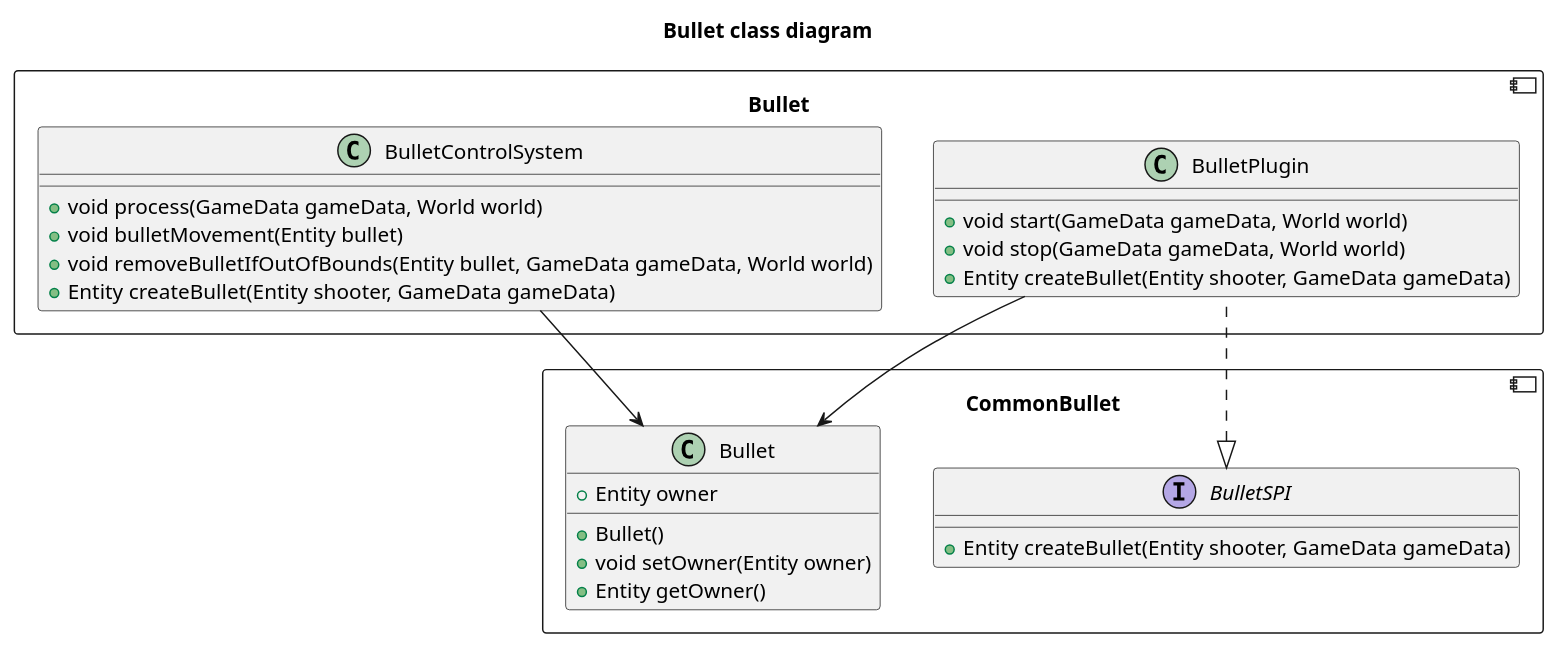
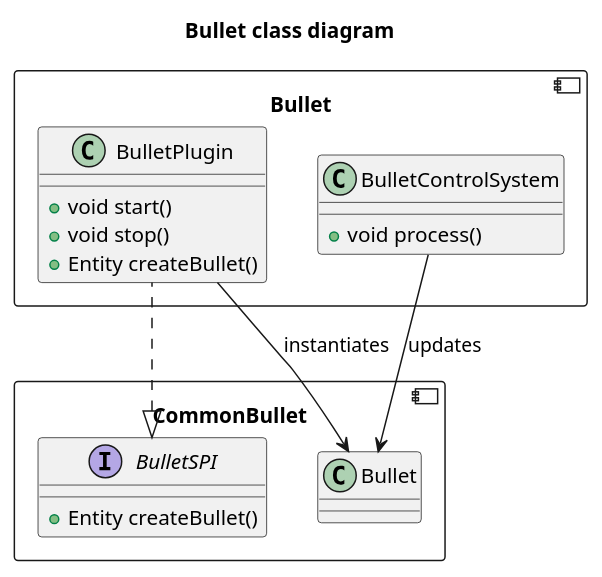
One commit to jetho22/AsteroidsFX changed the diagram in diagrams/bullet class.puml. Above: the diagram before and after it, drawn with PlantUML. The commit also changed 3 other files, not shown here.

```diff
--- a/diagrams/bullet class.puml
+++ b/diagrams/bullet class.puml
@@ -1,35 +1,29 @@
 @startuml
 title "Bullet class diagram"
 component CommonBullet {
     interface BulletSPI {
-        +Entity createBullet(Entity shooter, GameData gameData)
+        +Entity createBullet()
     }
 
     class Bullet {
-        +Bullet()
-        +Entity owner
-        +void setOwner(Entity owner)
-        +Entity getOwner()
     }
 }
 
 component Bullet {
     class BulletControlSystem {
-        +void process(GameData gameData, World world)
-        +void bulletMovement(Entity bullet)
-        +void removeBulletIfOutOfBounds(Entity bullet, GameData gameData, World world)
-        +Entity createBullet(Entity shooter, GameData gameData)
+        +void process()
     }
 
     class BulletPlugin {
-        +void start(GameData gameData, World world)
-        +void stop(GameData gameData, World world)
-        +Entity createBullet(Entity shooter, GameData gameData)
+        +void start()
+        +void stop()
+        +Entity createBullet()
     }
+
 }
 
 BulletSPI <|.. BulletPlugin
 
-BulletControlSystem --> CommonBullet.Bullet
-BulletPlugin --> CommonBullet.Bullet
+BulletControlSystem --> CommonBullet.Bullet : updates
+BulletPlugin --> CommonBullet.Bullet : instantiates
 @enduml
```
